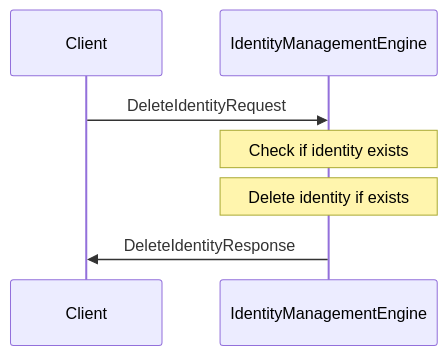
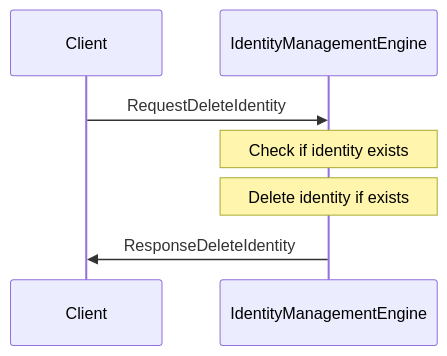
Before and after one commit to anoma/nspec: the third of 3 diagrams in docs/arch/node/engines/identity_management_messages.juvix.md, drawn with Mermaid. The commit also changed other lines of this file and 3 other files, not shown here.

````diff
--- a/docs/arch/node/engines/identity_management_messages.juvix.md
+++ b/docs/arch/node/engines/identity_management_messages.juvix.md
@@ -208,10 +218,10 @@
 ```mermaid
 sequenceDiagram
     participant Client
     participant IdentityManagementEngine
 
-    Client->>IdentityManagementEngine: DeleteIdentityRequest
+    Client->>IdentityManagementEngine: RequestDeleteIdentity
     Note over IdentityManagementEngine: Check if identity exists
     Note over IdentityManagementEngine: Delete identity if exists
-    IdentityManagementEngine->>Client: DeleteIdentityResponse
+    IdentityManagementEngine->>Client: ResponseDeleteIdentity
 ```
````
